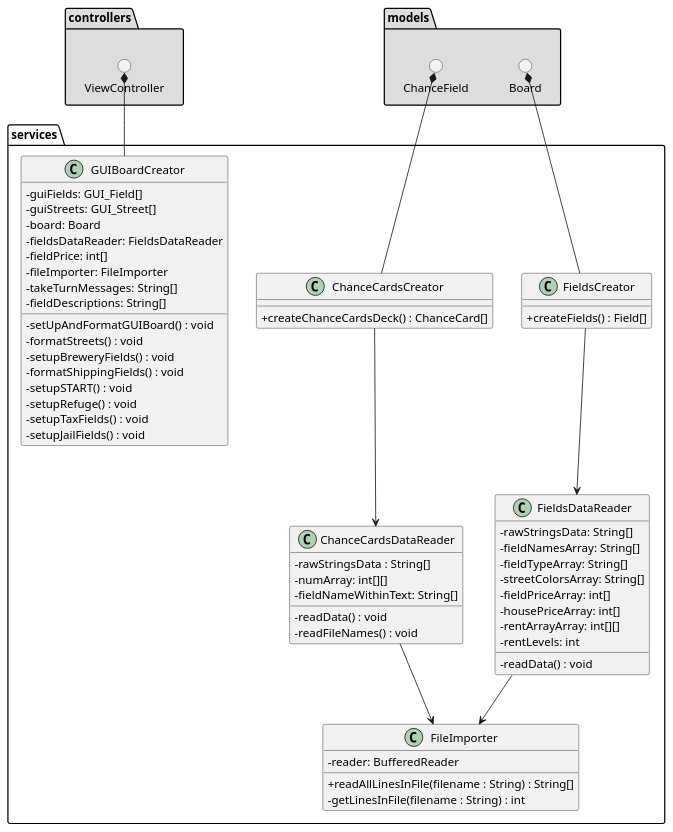
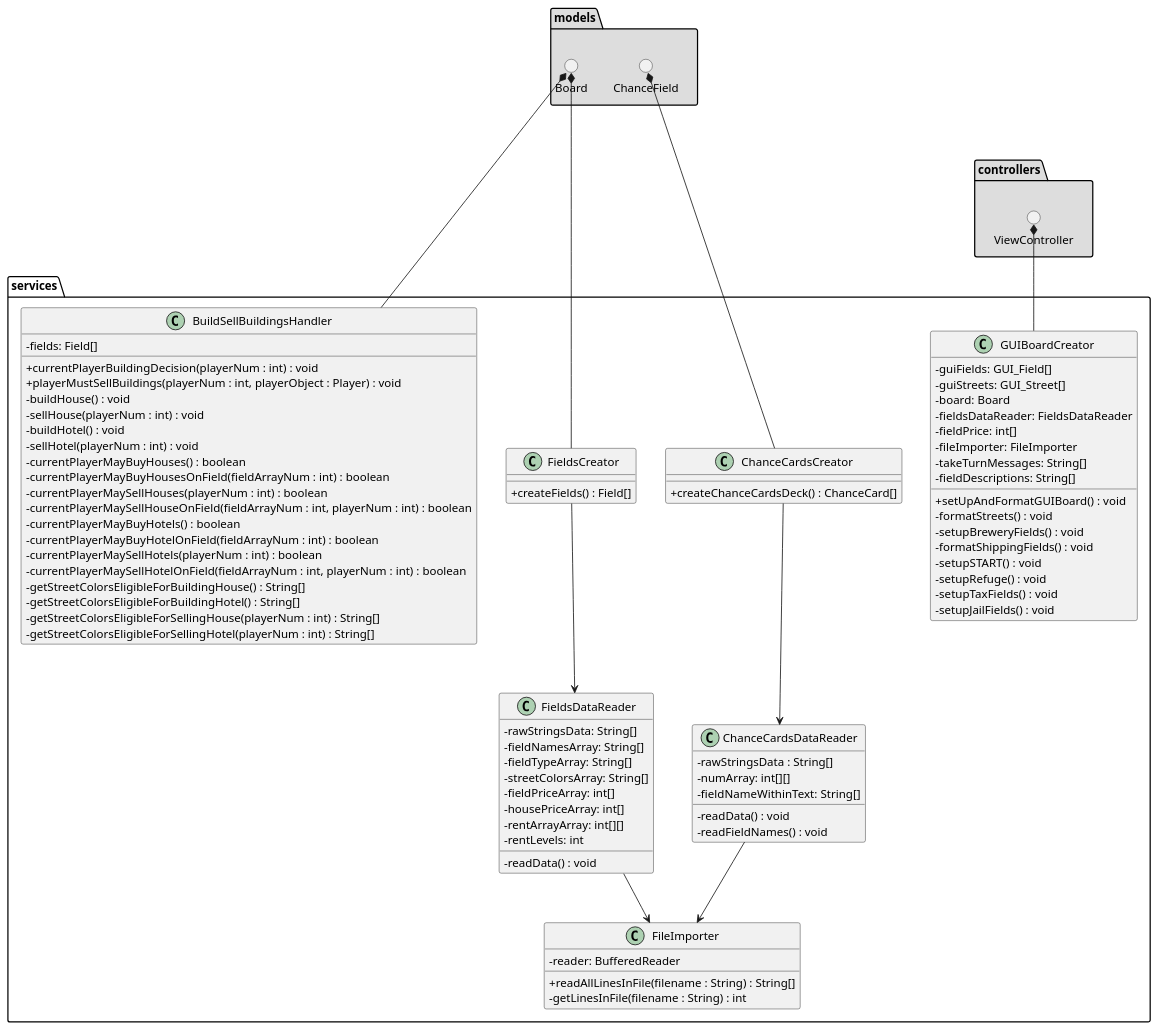
One commit to GabeKierk889/gruppe-18 changed the diagram in 18_final/UML/DesignClassDiagram/Package Services.puml. Above: the diagram before and after it, drawn with PlantUML. The commit also changed 12 other files, not shown here.

Commit message:
Updated class diagrams Added endGame method

```diff
--- a/18_final/UML/DesignClassDiagram/Package Services.puml
+++ b/18_final/UML/DesignClassDiagram/Package Services.puml
@@ -1,80 +1,104 @@
 @startuml
 'https://plantuml.com/class-diagram
 skinparam classAttributeIconSize 0
 
 package controllers #DDDDDD {
 () ViewController
 }
 
 package models #DDDDDD {
 () Board
 () ChanceField
 }
 
 package services {
 
 class FileImporter {
     -reader: BufferedReader
 
     +readAllLinesInFile(filename : String) : String[]
     -getLinesInFile(filename : String) : int
 }
 class FieldsDataReader {
     -rawStringsData: String[]
     -fieldNamesArray: String[]
     -fieldTypeArray: String[]
     -streetColorsArray: String[]
     -fieldPriceArray: int[]
     -housePriceArray: int[]
     -rentArrayArray: int[][]
     -rentLevels: int
 
     -readData() : void
 }
 class FieldsCreator {
     +createFields() : Field[]
 }
 class ChanceCardsDataReader {
     -rawStringsData : String[]
     -numArray: int[][]
     -fieldNameWithinText: String[]
 
     -readData() : void
-    -readFileNames() : void
+    -readFieldNames() : void
 
 }
 class ChanceCardsCreator {
     +createChanceCardsDeck() : ChanceCard[]
+}
+
+class BuildSellBuildingsHandler {
+    -fields: Field[]
+
+    +currentPlayerBuildingDecision(playerNum : int) : void
+    +playerMustSellBuildings(playerNum : int, playerObject : Player) : void
+    -buildHouse() : void
+    -sellHouse(playerNum : int) : void
+    -buildHotel() : void
+    -sellHotel(playerNum : int) : void
+    -currentPlayerMayBuyHouses() : boolean
+    -currentPlayerMayBuyHousesOnField(fieldArrayNum : int) : boolean
+    -currentPlayerMaySellHouses(playerNum : int) : boolean
+    -currentPlayerMaySellHouseOnField(fieldArrayNum : int, playerNum : int) : boolean
+    -currentPlayerMayBuyHotels() : boolean
+    -currentPlayerMayBuyHotelOnField(fieldArrayNum : int) : boolean
+    -currentPlayerMaySellHotels(playerNum : int) : boolean
+    -currentPlayerMaySellHotelOnField(fieldArrayNum : int, playerNum : int) : boolean
+    -getStreetColorsEligibleForBuildingHouse() : String[]
+    -getStreetColorsEligibleForBuildingHotel() : String[]
+    -getStreetColorsEligibleForSellingHouse(playerNum : int) : String[]
+    -getStreetColorsEligibleForSellingHotel(playerNum : int) : String[]
 }
 
 class GUIBoardCreator {
     -guiFields: GUI_Field[]
     -guiStreets: GUI_Street[]
     -board: Board
     -fieldsDataReader: FieldsDataReader
     -fieldPrice: int[]
     -fileImporter: FileImporter
     -takeTurnMessages: String[]
     -fieldDescriptions: String[]
 
-    -setUpAndFormatGUIBoard() : void
+    +setUpAndFormatGUIBoard() : void
     -formatStreets() : void
     -setupBreweryFields() : void
     -formatShippingFields() : void
     -setupSTART() : void
     -setupRefuge() : void
     -setupTaxFields() : void
     -setupJailFields() : void
 }
 
 }
 
 ChanceField *-- ChanceCardsCreator
 ViewController *-- GUIBoardCreator
-Board *-- FieldsCreator
+Board *---- FieldsCreator
+Board *- BuildSellBuildingsHandler
 FieldsDataReader --> FileImporter
 ChanceCardsDataReader --> FileImporter
 FieldsCreator --> FieldsDataReader
 ChanceCardsCreator --> ChanceCardsDataReader
 
 @enduml
```
